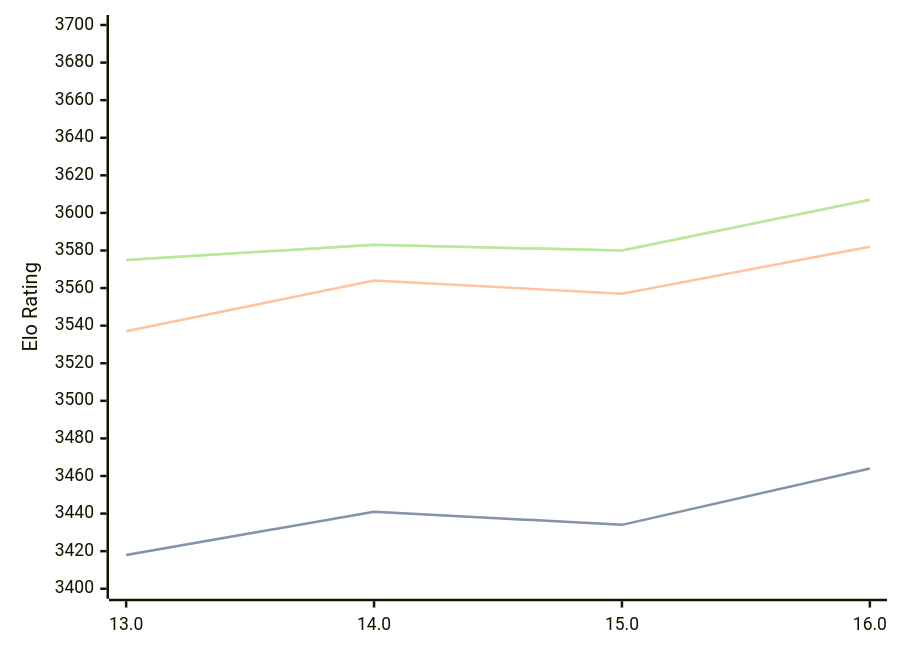
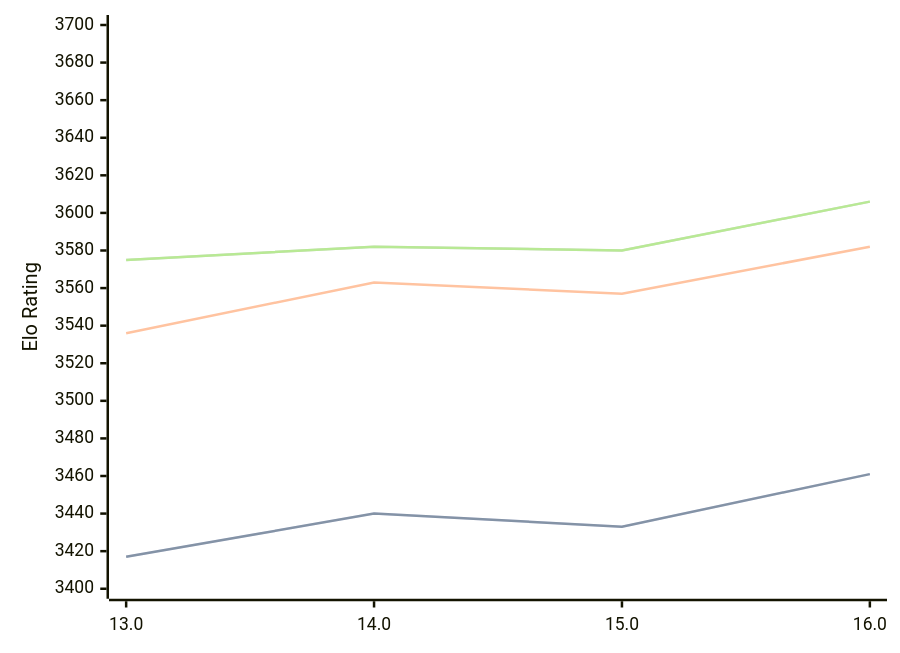
The diagram in engines/Obsidian.md (computer-chess-index/cci), drawn with Mermaid before and after one commit. The commit also changed other lines of this file, not shown here.

Commit message:
Update CCI Ratings (ELO VLTC) - 2026-03-30

````diff
--- a/engines/Obsidian.md
+++ b/engines/Obsidian.md
@@ -43,11 +43,11 @@
 ```mermaid
 %%{init: {"theme":"base","themeVariables":{"seriesColors:['#a3a3a3','#222221','#faa371']}}}%%
 xychart-beta
   x-axis ["13.0", "14.0", "15.0", "16.0"]
   y-axis "Elo Rating" 3400 --> 3700
-  line "STC (8.0+0.08s)" [3418, 3441, 3434, 3464]
-  line "STC (8.0+0.08s)" [3418, 3441, 3434, 3464]
-  line "LTC (60.0+0.60s)" [3537, 3564, 3557, 3582]
-  line "VLTC (2m24s+1.12s)" [3575, 3583, 3580, 3607]
-  line "VLTC (2m24s+1.12s)" [3575, 3583, 3580, 3607]
+  line "STC (8.0+0.08s)" [3417, 3440, 3433, 3461]
+  line "STC (8.0+0.08s)" [3417, 3440, 3433, 3461]
+  line "LTC (60.0+0.60s)" [3536, 3563, 3557, 3582]
+  line "VLTC (2m24s+1.12s)" [3575, 3582, 3580, 3606]
+  line "VLTC (2m24s+1.12s)" [3575, 3582, 3580, 3606]
 ```
````
